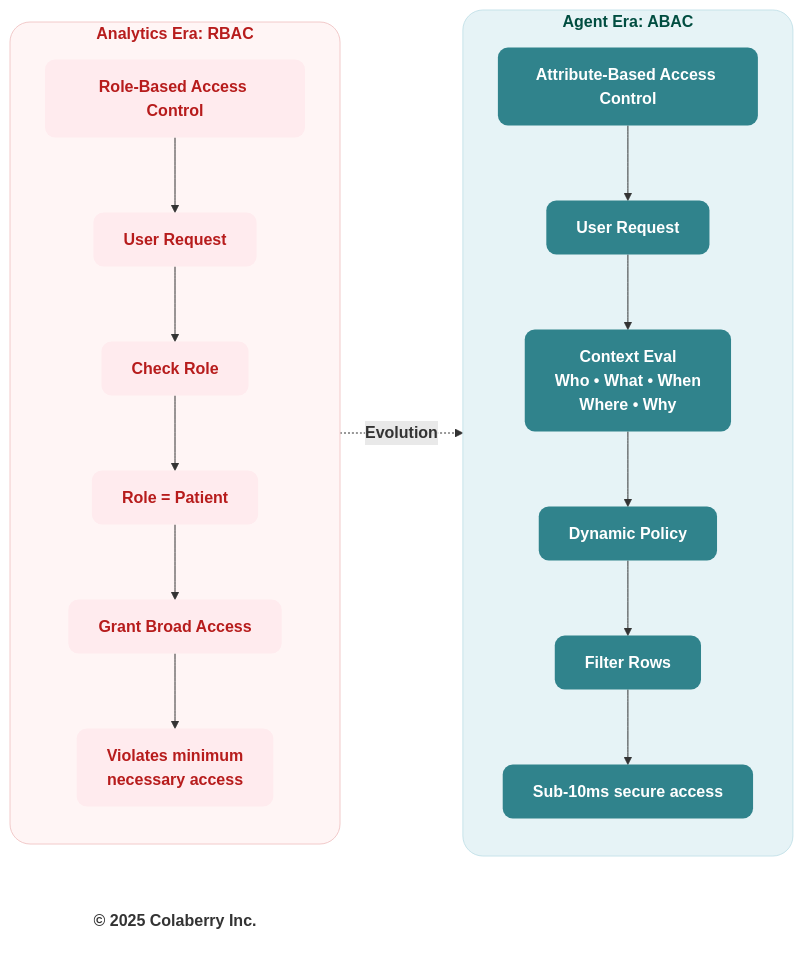
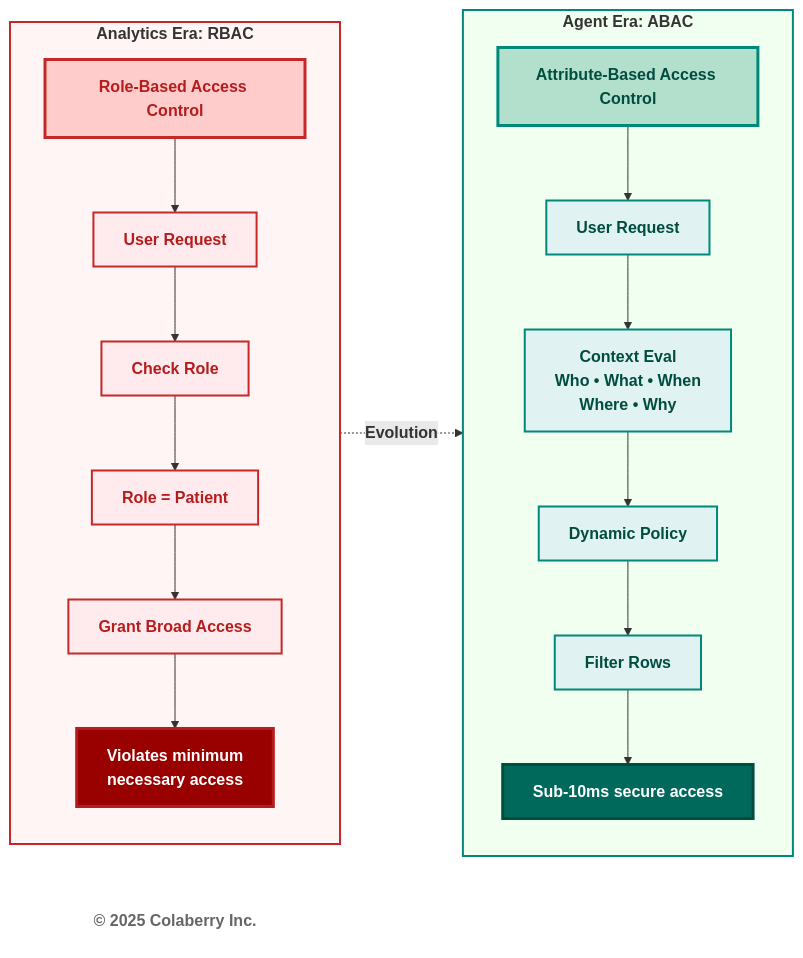
The fifth of 14 diagrams in manuscript/08_chapter_7_goals_framework.md (saitejesh-cyber/trust-before-intelligence-book), drawn with Mermaid before and after one commit. The commit also changed other lines of this file and 12 other files, not shown here.

Commit message:
Restore legacy Mermaid styles for Option 1

````diff
--- a/manuscript/08_chapter_7_goals_framework.md
+++ b/manuscript/08_chapter_7_goals_framework.md
@@ -460,54 +460,54 @@
 ```mermaid
 graph LR
     subgraph OLD["<b>Analytics Era: RBAC</b>"]
         TITLE1["<b>Role-Based Access Control</b>"]
         R1["<b>User Request</b>"]
         R2["<b>Check Role</b>"]
         R3["<b>Role = Patient</b>"]
         R4["<b>Grant Broad Access</b>"]
         R5["<b>Violates minimum <br/>necessary access</b>"]
         
         TITLE1 --> R1
         R1 --> R2
         R2 --> R3
         R3 --> R4
         R4 --> R5
     end
     
     OLD -.->|<b>Evolution</b>| NEW
     
     subgraph NEW["<b>Agent Era: ABAC</b>"]
         TITLE2["<b>Attribute-Based Access Control</b>"]
         A1["<b>User Request</b>"]
         A2["<b>Context Eval</b><br/><b>Who • What • When <br/> Where • Why</b>"]
         A3["<b>Dynamic Policy</b>"]
         A4["<b>Filter Rows</b>"]
         A5["<b>Sub-10ms secure access</b>"]
         
         TITLE2 --> A1
         A1 --> A2
         A2 --> A3
         A3 --> A4
         A4 --> A5
     end
     
-    style TITLE1 fill:#ffebee,stroke:none,color:#b71c1c,rx:10,ry:10
-    style R1 fill:#ffebee,stroke:none,color:#b71c1c,rx:10,ry:10
-    style R2 fill:#ffebee,stroke:none,color:#b71c1c,rx:10,ry:10
-    style R3 fill:#ffebee,stroke:none,color:#b71c1c,rx:10,ry:10
-    style R4 fill:#ffebee,stroke:none,color:#b71c1c,rx:10,ry:10
-    style R5 fill:#ffebee,stroke:none,color:#b71c1c,rx:10,ry:10
+    style TITLE1 fill:#ffcccc,stroke:#c62828,stroke-width:3px,color:#b71c1c
+    style R1 fill:#ffebee,stroke:#c62828,stroke-width:2px,color:#b71c1c
+    style R2 fill:#ffebee,stroke:#c62828,stroke-width:2px,color:#b71c1c
+    style R3 fill:#ffebee,stroke:#c62828,stroke-width:2px,color:#b71c1c
+    style R4 fill:#ffebee,stroke:#c62828,stroke-width:2px,color:#b71c1c
+    style R5 fill:#990000,color:#ffffff,stroke:#b71c1c,stroke-width:3px
     
-    style TITLE2 fill:#30838C,stroke:none,color:#ffffff,rx:10,ry:10
-    style A1 fill:#30838C,stroke:none,color:#ffffff,rx:10,ry:10
-    style A2 fill:#30838C,stroke:none,color:#ffffff,rx:10,ry:10
-    style A3 fill:#30838C,stroke:none,color:#ffffff,rx:10,ry:10
-    style A4 fill:#30838C,stroke:none,color:#ffffff,rx:10,ry:10
-    style A5 fill:#30838C,stroke:none,color:#ffffff,rx:10,ry:10
+    style TITLE2 fill:#b3e0cc,stroke:#00897b,stroke-width:3px,color:#004d40
+    style A1 fill:#e0f2f1,stroke:#00897b,stroke-width:2px,color:#004d40
+    style A2 fill:#e0f2f1,stroke:#00897b,stroke-width:2px,color:#004d40
+    style A3 fill:#e0f2f1,stroke:#00897b,stroke-width:2px,color:#004d40
+    style A4 fill:#e0f2f1,stroke:#00897b,stroke-width:2px,color:#004d40
+    style A5 fill:#00695c,color:#ffffff,stroke:#004d40,stroke-width:3px
     
-    style OLD fill:#fff5f5,stroke:#f2caca,stroke-width:1px,color:#b71c1c,rx:20,ry:20
-    style NEW fill:#e6f3f6,stroke:#c7e3ea,stroke-width:1px,color:#004d40,rx:20,ry:20
+    style OLD fill:#fff5f5,stroke:#c62828,stroke-width:2px
+    style NEW fill:#f0fff0,stroke:#00897b,stroke-width:2px
     
     Copyright["<b>© 2025 Colaberry Inc.</b>"]
-    style Copyright fill:none,stroke:none,color:#333333
+    style Copyright fill:#ffffff,stroke:none,color:#666666
 ```
````
